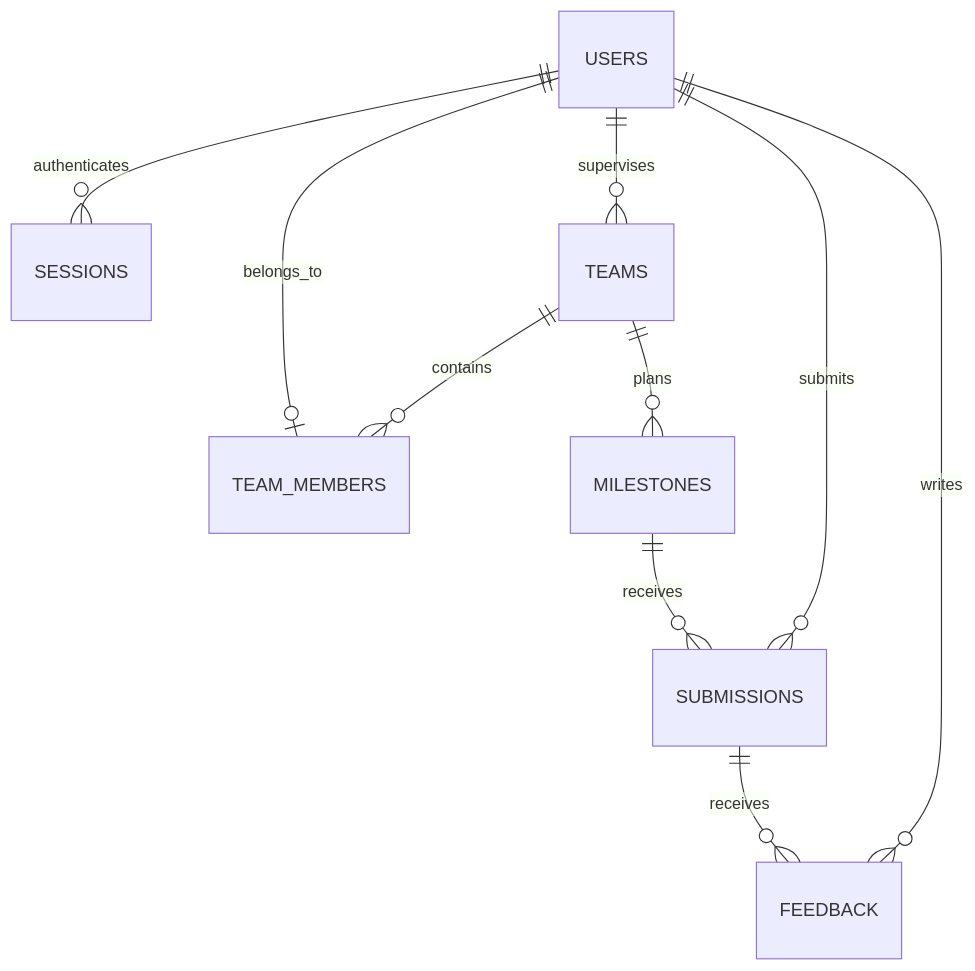
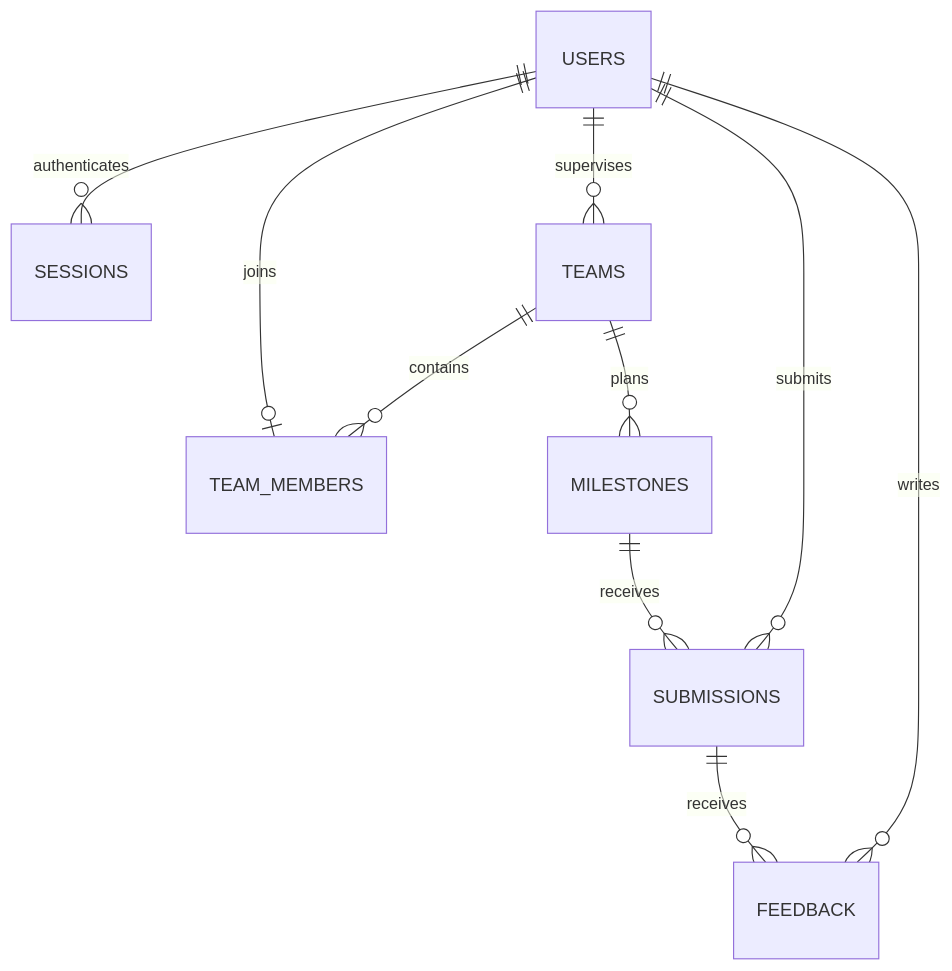
The second of 2 diagrams in deliverable _file/submit/project_deliverable_1.md (zerotwobook/fastTrack), drawn with Mermaid before and after one commit. The commit also changed other lines of this file and 13 other files, not shown here.

````diff
--- a/deliverable _file/submit/project_deliverable_1.md
+++ b/deliverable _file/submit/project_deliverable_1.md
@@ -214,12 +265,12 @@
 ```mermaid
 erDiagram
     USERS ||--o{ SESSIONS : authenticates
     USERS ||--o{ TEAMS : supervises
-    USERS ||--o| TEAM_MEMBERS : belongs_to
+    USERS ||--o| TEAM_MEMBERS : joins
     TEAMS ||--o{ TEAM_MEMBERS : contains
     TEAMS ||--o{ MILESTONES : plans
     MILESTONES ||--o{ SUBMISSIONS : receives
     USERS ||--o{ SUBMISSIONS : submits
     SUBMISSIONS ||--o{ FEEDBACK : receives
     USERS ||--o{ FEEDBACK : writes
 ```
````
